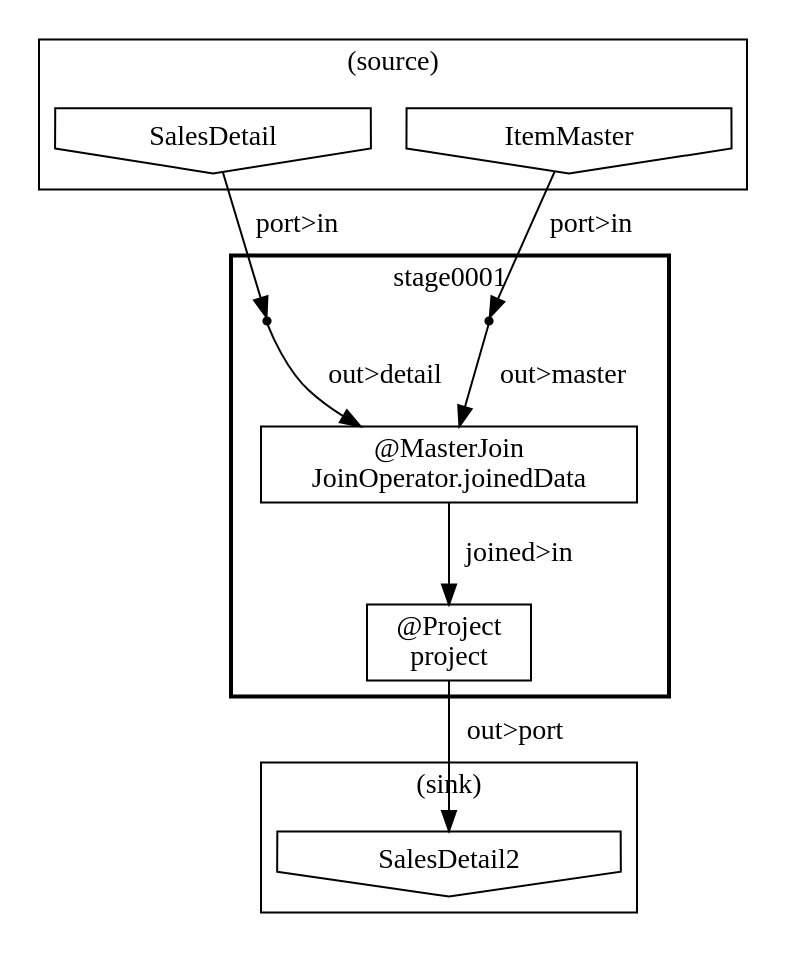
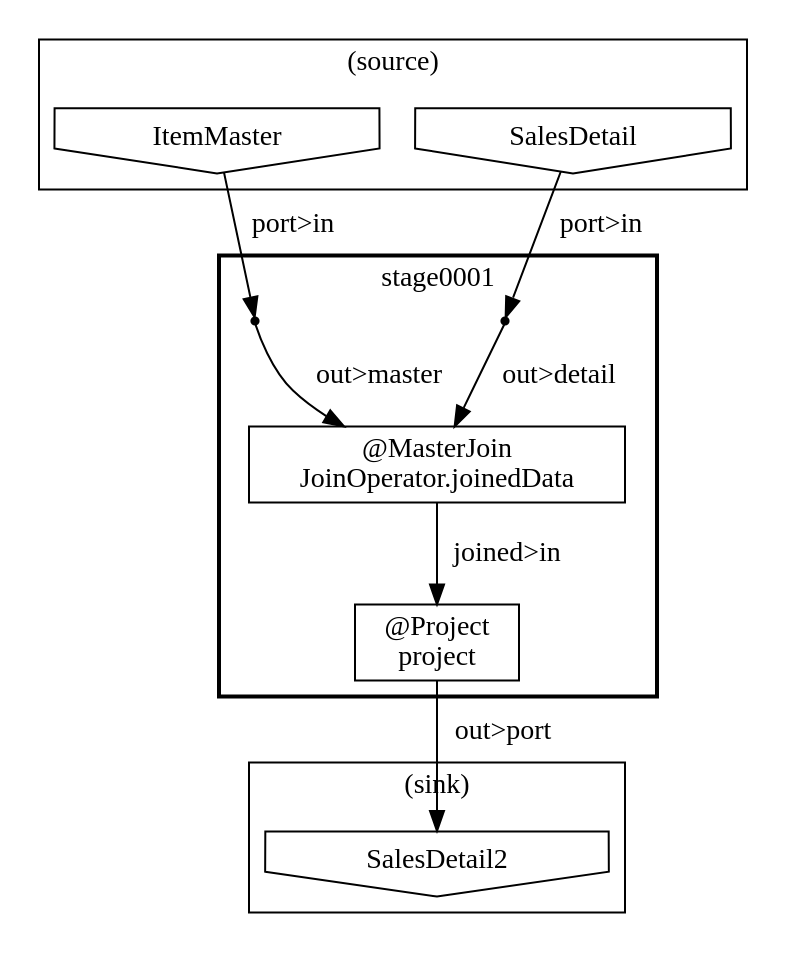
One commit to ironpeace/Asakusa-FirstStep changed the diagram in target/batchc/FirstStepBatch/opt/dsl-analysis/jobflow/MainJobFlow/stagegraph.dot. Above: the diagram before and after it, drawn with Graphviz. The commit also changed 46 other files, not shown here.

```diff
--- a/target/batchc/FirstStepBatch/opt/dsl-analysis/jobflow/MainJobFlow/stagegraph.dot
+++ b/target/batchc/FirstStepBatch/opt/dsl-analysis/jobflow/MainJobFlow/stagegraph.dot
@@ -1,25 +1,25 @@
 digraph {
-    subgraph "cluster_53ff1642-3bb0-4f71-bbd2-92e7a6c3ee6d" {
+    subgraph "cluster_568dffaa-78d0-4bc7-8683-ae0b7e6959d9" {
         label = "(sink)";
-        "f0491617-71c9-49fd-8f61-dedb795dc3cf" [shape=invhouse, label="SalesDetail2"];
+        "89eeb923-2789-49f1-9e6b-d0d5dc1a1a0a" [shape=invhouse, label="SalesDetail2"];
     }
-    subgraph "cluster_27331888-f260-4e7d-a809-0c2ed1dfe5e2" {
+    subgraph "cluster_21263f7c-4323-43d4-ac30-66a7e2dca0ba" {
         label = "(source)";
-        "ff41eac5-c9fb-429d-9850-aa732ca9a06f" [shape=invhouse, label="SalesDetail"];
-        "fc85606d-8ef2-4d0f-a016-56d18fa79d67" [shape=invhouse, label="ItemMaster"];
+        "b989ae2b-621f-4b03-b60d-4d6b71ab3831" [shape=invhouse, label="ItemMaster"];
+        "254a75d9-16cb-4a29-886a-fd9a71a4fcec" [shape=invhouse, label="SalesDetail"];
     }
-    subgraph "cluster_e3accaa9-fb52-4ed9-a329-d6a8961fa912" {
+    subgraph "cluster_ea9d49c0-d280-4849-b6d9-dcf45c5f5326" {
         label = "stage0001";
         style = bold;
-        "ad2ef117-e31f-41fc-9004-935c44f68d90" [shape=point];
-        "c2d33c74-4a80-4092-8ff4-4d0c31582fb9" [shape=point];
-        "f7ac7669-4584-4b8d-8131-3425a849b437" [shape=box, label="@Project\nproject"];
-        "3bbe76bd-0b54-4b75-9426-36c26e931f07" [shape=box, label="@MasterJoin\nJoinOperator.joinedData"];
+        "d5f00ef7-0b5b-4be1-b4cc-df8754365ddd" [shape=point];
+        "6775b2e1-e7ee-4348-b55b-6112b9090ad0" [shape=point];
+        "6ff415ae-e55f-427c-ab8d-a78f29373c73" [shape=box, label="@MasterJoin\nJoinOperator.joinedData"];
+        "9e918bbe-9105-4251-8681-60aa0b888de0" [shape=box, label="@Project\nproject"];
     }
-    "ff41eac5-c9fb-429d-9850-aa732ca9a06f" -> "ad2ef117-e31f-41fc-9004-935c44f68d90" [label="port>in"];
-    "fc85606d-8ef2-4d0f-a016-56d18fa79d67" -> "c2d33c74-4a80-4092-8ff4-4d0c31582fb9" [label="port>in"];
-    "ad2ef117-e31f-41fc-9004-935c44f68d90" -> "3bbe76bd-0b54-4b75-9426-36c26e931f07" [label="out>detail"];
-    "c2d33c74-4a80-4092-8ff4-4d0c31582fb9" -> "3bbe76bd-0b54-4b75-9426-36c26e931f07" [label="out>master"];
-    "f7ac7669-4584-4b8d-8131-3425a849b437" -> "f0491617-71c9-49fd-8f61-dedb795dc3cf" [label="out>port"];
-    "3bbe76bd-0b54-4b75-9426-36c26e931f07" -> "f7ac7669-4584-4b8d-8131-3425a849b437" [label="joined>in"];
+    "b989ae2b-621f-4b03-b60d-4d6b71ab3831" -> "6775b2e1-e7ee-4348-b55b-6112b9090ad0" [label="port>in"];
+    "254a75d9-16cb-4a29-886a-fd9a71a4fcec" -> "d5f00ef7-0b5b-4be1-b4cc-df8754365ddd" [label="port>in"];
+    "d5f00ef7-0b5b-4be1-b4cc-df8754365ddd" -> "6ff415ae-e55f-427c-ab8d-a78f29373c73" [label="out>detail"];
+    "6775b2e1-e7ee-4348-b55b-6112b9090ad0" -> "6ff415ae-e55f-427c-ab8d-a78f29373c73" [label="out>master"];
+    "9e918bbe-9105-4251-8681-60aa0b888de0" -> "89eeb923-2789-49f1-9e6b-d0d5dc1a1a0a" [label="out>port"];
+    "6ff415ae-e55f-427c-ab8d-a78f29373c73" -> "9e918bbe-9105-4251-8681-60aa0b888de0" [label="joined>in"];
 }
```
